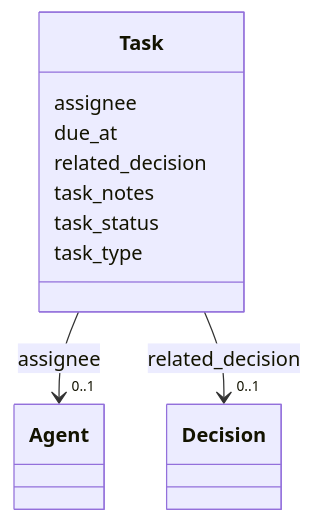
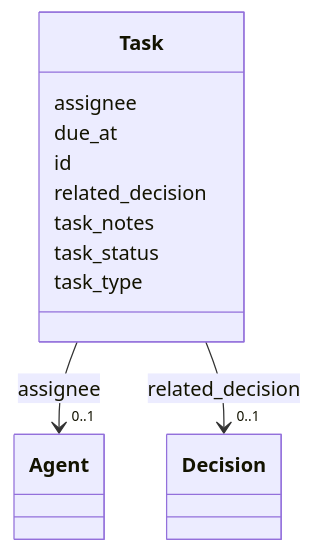
The diagram in latest/schema/Task.md (simondilhas/pragmatic-bim-data-contract), drawn with Mermaid before and after one commit. The commit also changed other lines of this file and 1314 other files, not shown here.

````diff
--- a/latest/schema/Task.md
+++ b/latest/schema/Task.md
@@ -18,36 +23,38 @@
 ```mermaid
  classDiagram
     class Task
     click Task href "../Task/"
       Task : assignee
         
           
     
         
         
         Task --> "0..1" Agent : assignee
         click Agent href "../Agent/"
     
 
         
       Task : due_at
+        
+      Task : id
         
       Task : related_decision
         
           
     
         
         
         Task --> "0..1" Decision : related_decision
         click Decision href "../Decision/"
     
 
         
       Task : task_notes
         
       Task : task_status
         
       Task : task_type
         
       
 ```
````
